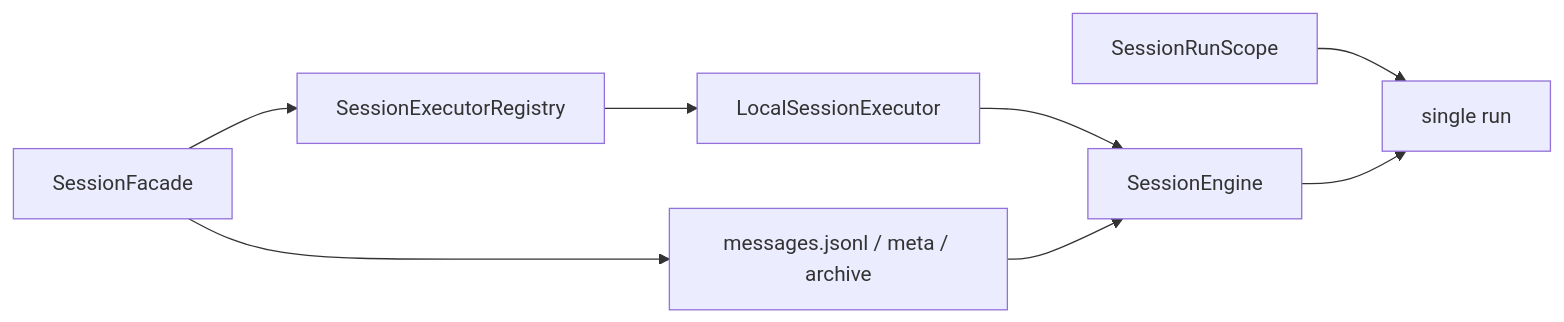
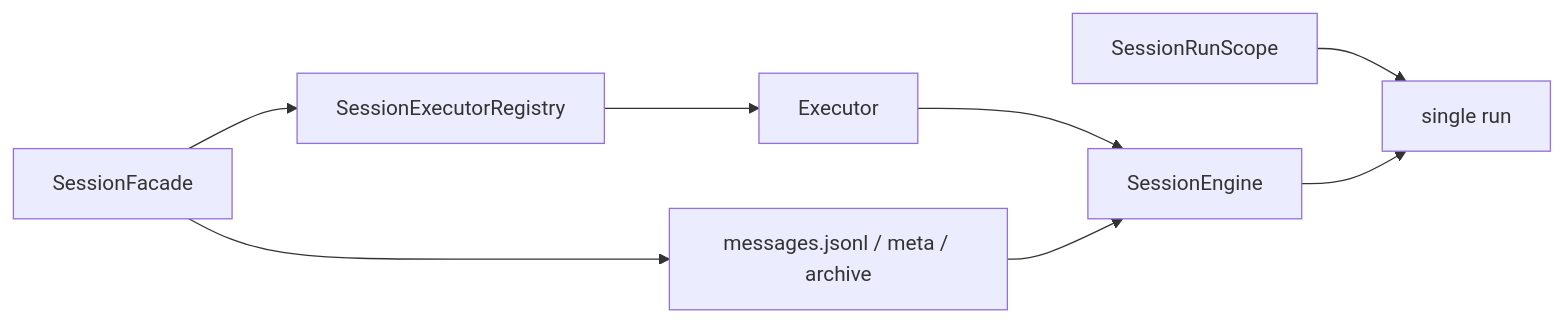
Before and after one commit to wangenius/downcity: the diagram in homepage/content/devdocs/zh/session/overview.mdx, drawn with Mermaid. The commit also changed other lines of this file and 42 other files, not shown here.

Commit message:
refactor(agent): simplify session execution architecture

````diff
--- a/homepage/content/devdocs/zh/session/overview.mdx
+++ b/homepage/content/devdocs/zh/session/overview.mdx
@@ -130,18 +130,18 @@
 ```mermaid
 flowchart LR
   S["SessionFacade"]
   RS["SessionExecutorRegistry"]
-  RT["LocalSessionExecutor"]
+  RT["Executor"]
   CORE["SessionEngine"]
   RC["SessionRunScope"]
   MSG["messages.jsonl / meta / archive"]
   RUN["single run"]
 
   S --> RS
   RS --> RT
   RT --> CORE
   S --> MSG
   RC --> RUN
   CORE --> RUN
   MSG --> CORE
 ```
````
